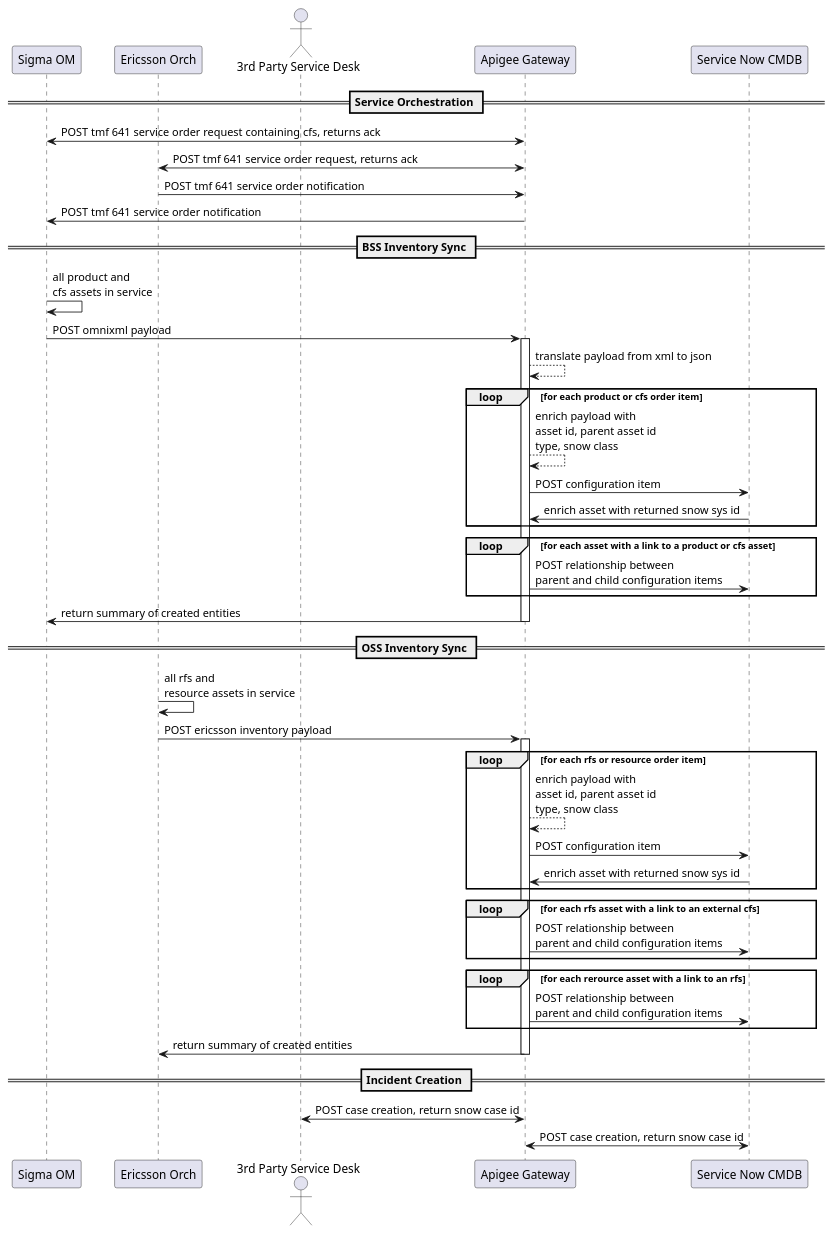
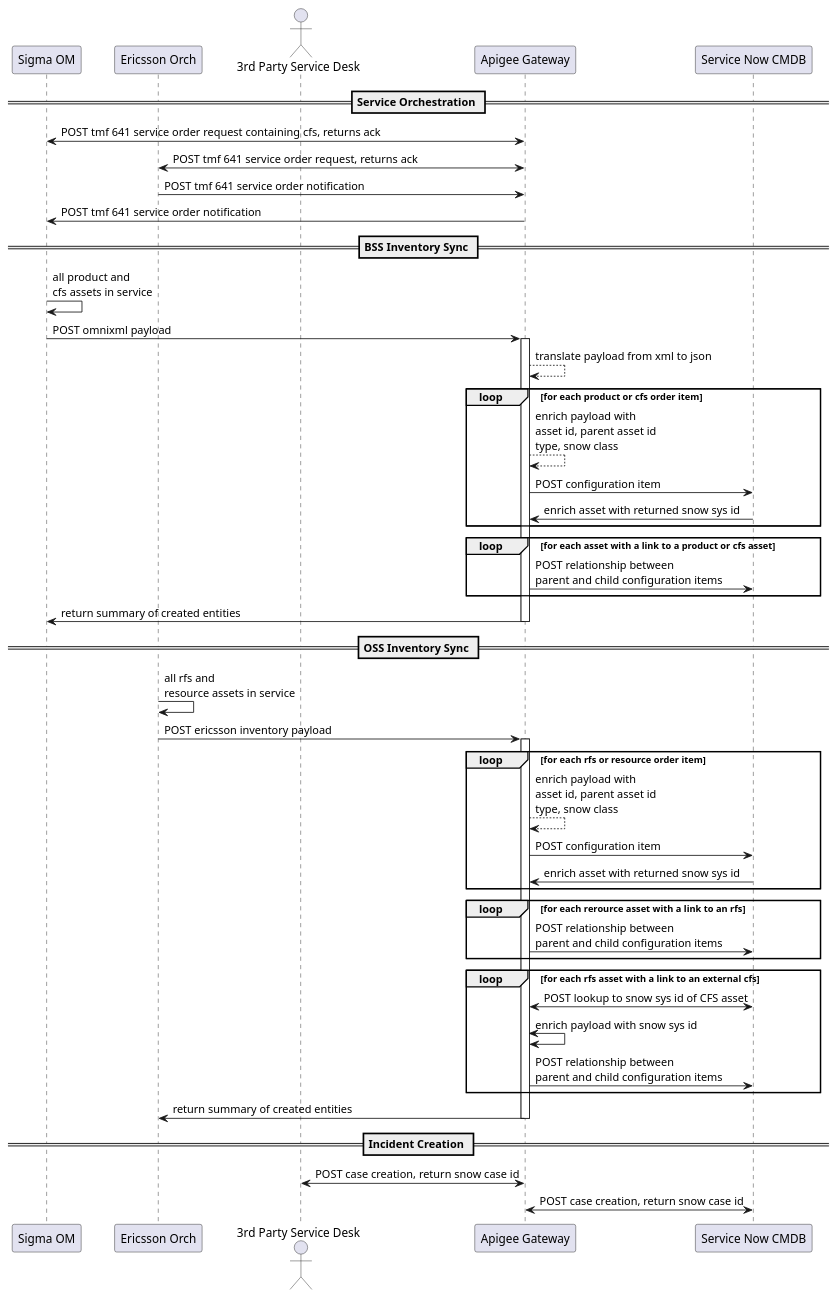
One commit to stevocurtis/nodejs-playpen changed the diagram in docs/integration-flow-sequence.puml. Above: the diagram before and after it, drawn with PlantUML.

Commit message:
Added RFS to CSF flow

```diff
--- a/docs/integration-flow-sequence.puml
+++ b/docs/integration-flow-sequence.puml
@@ -1,70 +1,72 @@
 @startuml
 ' box "BSS"
 participant "Sigma OM" as sigma
 ' end box
 ' box "OSS"
 participant "Ericsson Orch" as ericsson
 ' end box
 ' box "Integration"
 actor "3rd Party Service Desk" as inlifeuser
 participant "Apigee Gateway" as apigee
 ' end box
 ' box "Inlife"
 participant "Service Now CMDB" as snow
 
 ' end box
 == Service Orchestration ==
 sigma <-> apigee: POST tmf 641 service order request containing cfs, returns ack
 apigee <-> ericsson: POST tmf 641 service order request, returns ack
 ' loop for each cfs
 ericsson -> apigee: POST tmf 641 service order notification
 apigee -> sigma: POST tmf 641 service order notification
 ' end
 
 == BSS Inventory Sync ==
 sigma -> sigma: all product and\ncfs assets in service
 sigma -> apigee: POST omnixml payload
 activate apigee
 
 apigee --> apigee: translate payload from xml to json
 loop for each product or cfs order item
 apigee --> apigee: enrich payload with\nasset id, parent asset id\ntype, snow class
 
 apigee -> snow: POST configuration item
 snow -> apigee: enrich asset with returned snow sys id
 end
 
 loop for each asset with a link to a product or cfs asset
 apigee -> snow: POST relationship between\nparent and child configuration items
 end
 
 apigee -> sigma: return summary of created entities
 deactivate apigee
 
 == OSS Inventory Sync ==
 ericsson -> ericsson: all rfs and\nresource assets in service
 ericsson -> apigee: POST ericsson inventory payload
 activate apigee
 
 loop for each rfs or resource order item
 apigee --> apigee: enrich payload with\nasset id, parent asset id\ntype, snow class
 
 apigee -> snow: POST configuration item
 snow -> apigee: enrich asset with returned snow sys id
 end
 
-loop for each rfs asset with a link to an external cfs
+loop for each rerource asset with a link to an rfs
 apigee -> snow: POST relationship between\nparent and child configuration items
 end
 
-loop for each rerource asset with a link to an rfs
+loop for each rfs asset with a link to an external cfs
+apigee <-> snow: POST lookup to snow sys id of CFS asset
+apigee <-> apigee: enrich payload with snow sys id
 apigee -> snow: POST relationship between\nparent and child configuration items
 end
 
 apigee -> ericsson: return summary of created entities
 deactivate apigee
 
 == Incident Creation ==
 inlifeuser <-> apigee: POST case creation, return snow case id
 apigee <-> snow: POST case creation, return snow case id
 @enduml
```
